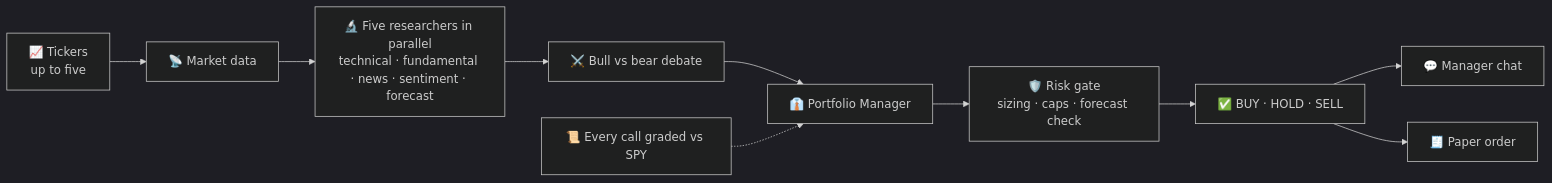
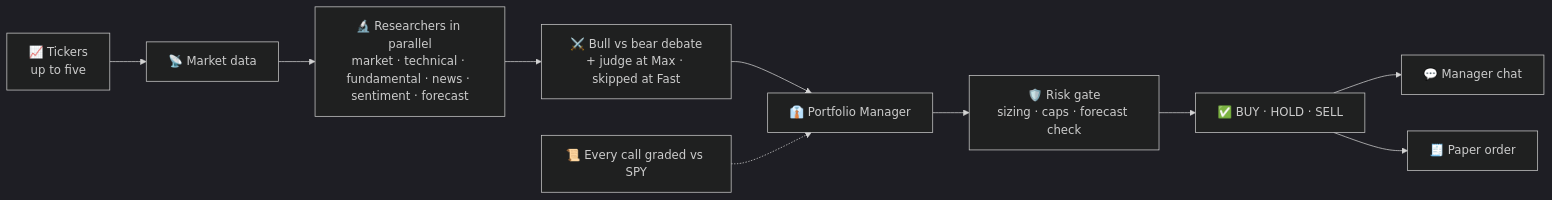
The diagram in README.md (kingabzpro/BetterTradingAgents), drawn with Mermaid (dark theme) before and after one commit. The commit also changed other lines of this file, not shown here.

Commit message:
Update the workflow diagram and intro for the new analyst roster

````diff
--- a/README.md
+++ b/README.md
@@ -57,12 +59,12 @@
 ```mermaid
 flowchart LR
     T["📈 Tickers<br/>up to five"] --> D["📡 Market data"]
-    D --> S["🔬 Five researchers in parallel<br/>technical · fundamental · news · sentiment · forecast"]
-    S --> B["⚔️ Bull vs bear debate"]
+    D --> S["🔬 Researchers in parallel<br/>market · technical · fundamental · news · sentiment · forecast"]
+    S --> B["⚔️ Bull vs bear debate<br/>+ judge at Max · skipped at Fast"]
     B --> PM["👔 Portfolio Manager"]
     TR["📜 Every call graded vs SPY"] -.-> PM
     PM --> RG["🛡️ Risk gate<br/>sizing · caps · forecast check"]
     RG --> OUT["✅ BUY · HOLD · SELL"]
     OUT --> C["💬 Manager chat"]
     OUT --> O["🧾 Paper order"]
 ```
````
